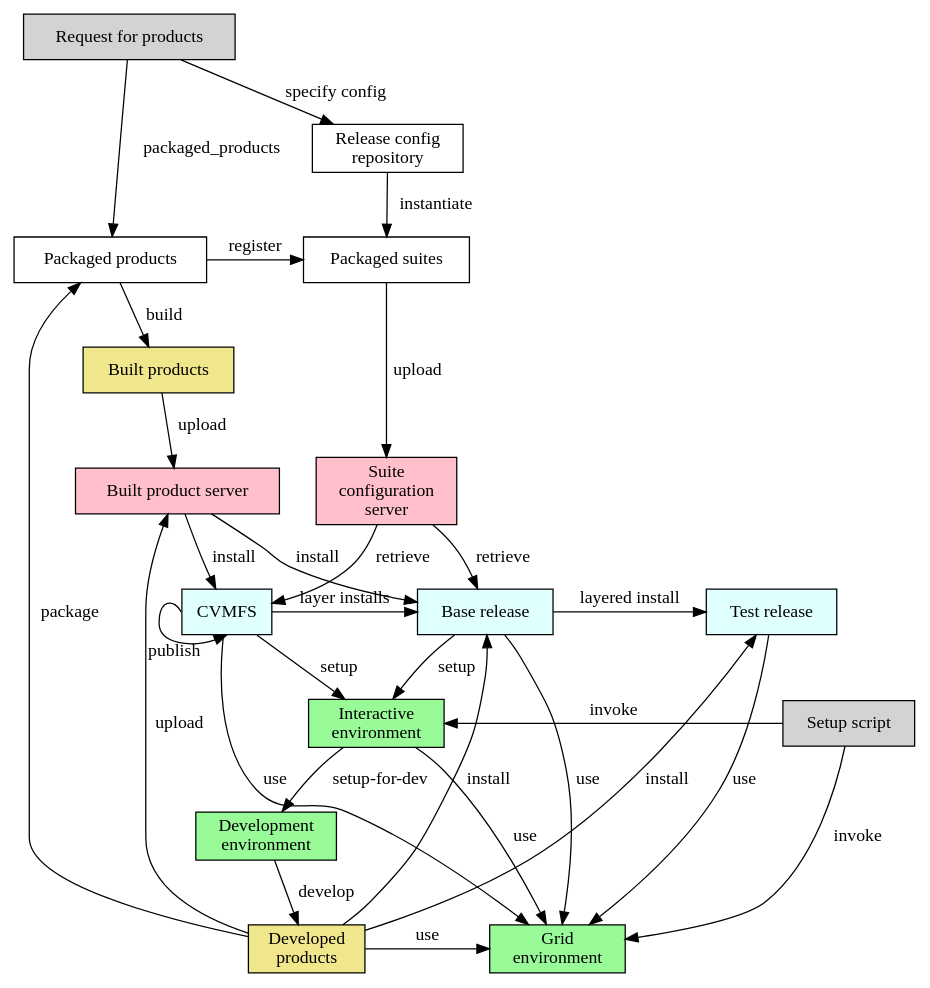
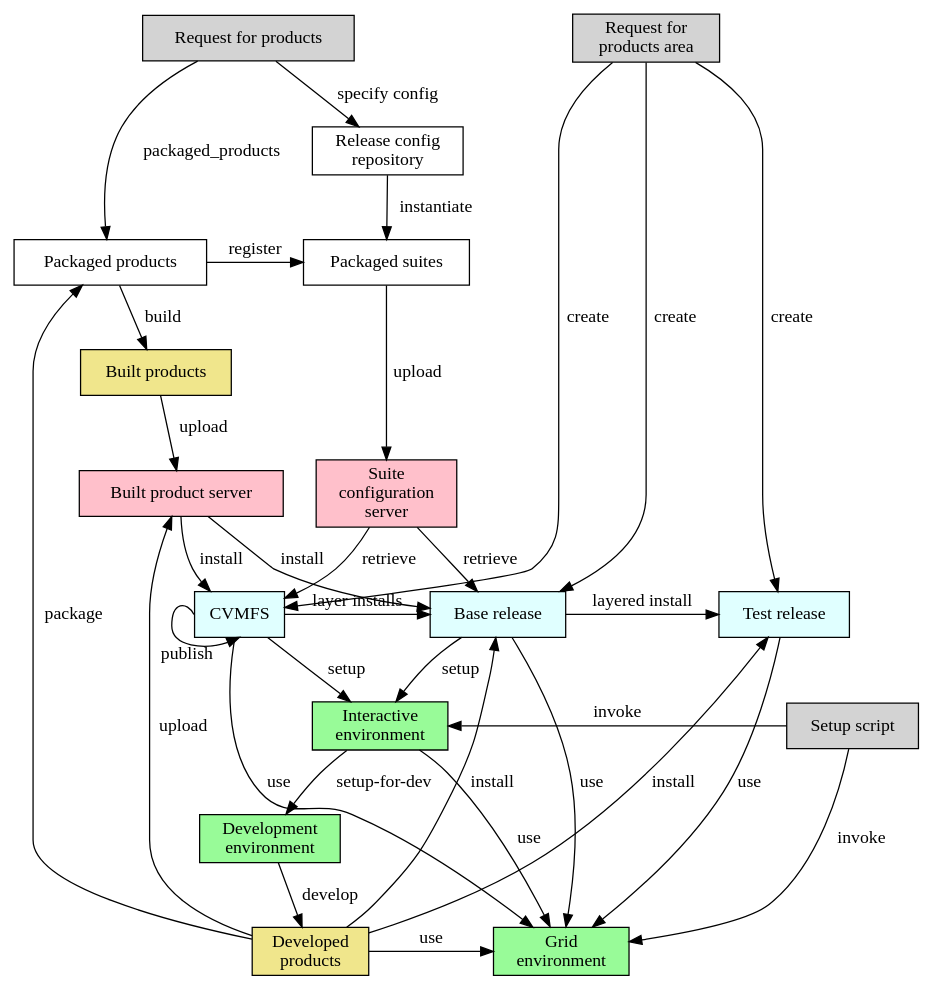
The diagram in spack.gv (marcpaterno/spack_retreat), drawn with Graphviz before and after one commit.

Commit message:
Add request_for_products_area

```diff
--- a/spack.gv
+++ b/spack.gv
@@ -1,56 +1,61 @@
 digraph test {
 
   node [shape="rectangle"]
   
   request [label="Request for products", style=filled, fillcolor=lightgray]
+  request_for_products_area [label="Request for\nproducts area", style=filled, fillcolor=lightgray]
   packaged_products [label="Packaged products"]
   scisoft [label="Built product server", style=filled, fillcolor=pink]
   suite_config_server [label="Suite\nconfiguration\nserver", style=filled, fillcolor=pink]
   build [label="Built products", style=filled, fillcolor=khaki]
   packaged_suites [label="Packaged suites"]
   release_config [label="Release config\nrepository"]
   developed [label="Developed\nproducts", style=filled, fillcolor=khaki]
   local_install [label="Base release", style=filled, fillcolor=lightcyan]
   test_release [label="Test release", style=filled, fillcolor=lightcyan]
   CVMFS [style=filled, fillcolor=lightcyan]
   interactive [label="Interactive\nenvironment", style=filled, fillcolor=palegreen]
   grid [label="Grid\nenvironment", style=filled, fillcolor=palegreen]
   development [label="Development\nenvironment", style=filled, fillcolor=palegreen]
   setup [label="Setup script", style=filled, fillcolor=lightgray]
 
   { rank = same; developed; grid }
   { rank = same; packaged_suites; packaged_products }
   { rank = same; test_release; local_install; CVMFS }
   { rank = same; suite_config_server; scisoft}
   { rank = same; interactive; setup }
+  { rank= same; request; request_for_products_area }
 
   CVMFS -> grid [label=" use"]
   CVMFS -> interactive [label=" setup"]
   CVMFS -> local_install [label="layer installs "]
   CVMFS:w -> CVMFS:s [xlabel="publish"]
   build -> scisoft [label=" upload"]
   local_install -> grid [label=" use"]
   local_install -> interactive [label=" setup"]
   local_install -> test_release[label="layered install"]
   packaged_products -> build [label=" build"]
   packaged_products -> packaged_suites [label="register"]
   packaged_suites -> suite_config_server [label="upload"]
   release_config -> packaged_suites [label = "instantiate"]
   request -> packaged_products [label=" packaged_products"]
   request -> release_config [label="specify config"]
+  request_for_products_area -> CVMFS [label="create"]
+  request_for_products_area -> local_install [label="create"]
+  request_for_products_area -> test_release [label="create"]
   scisoft -> CVMFS [label="install"]
   scisoft -> local_install [label="install"]
   suite_config_server -> CVMFS [label="retrieve"]
   suite_config_server -> local_install [label="retrieve"]
   test_release -> grid [label="use"]
   interactive -> development [label=" setup-for-dev"]
   interactive -> grid [label="use"]
   setup -> interactive [label=" invoke"]
   setup -> grid [label=" invoke"]
   development -> developed [label=" develop"]
   developed -> local_install [label=" install"]
   developed -> grid [label="use"]
   developed -> scisoft [label=" upload"]
   developed -> packaged_products [label=" package"]
   developed -> test_release [label="install"]
 }
```
